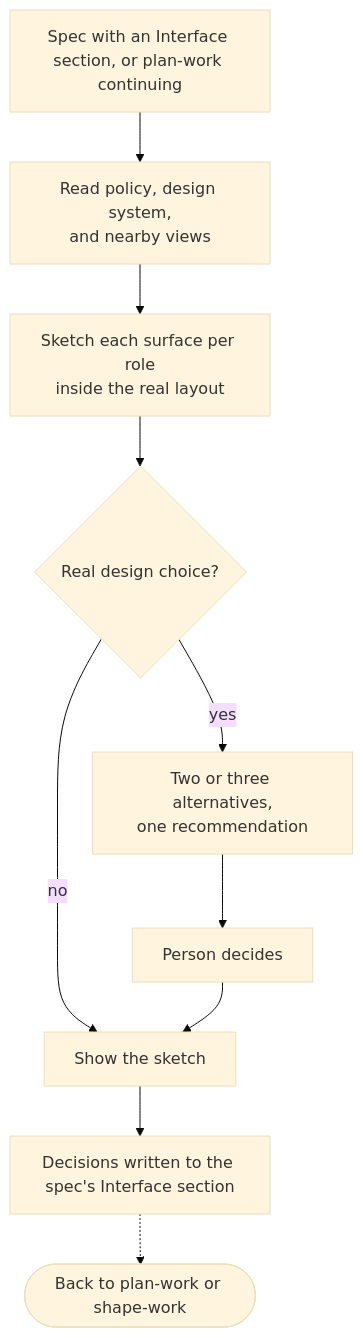
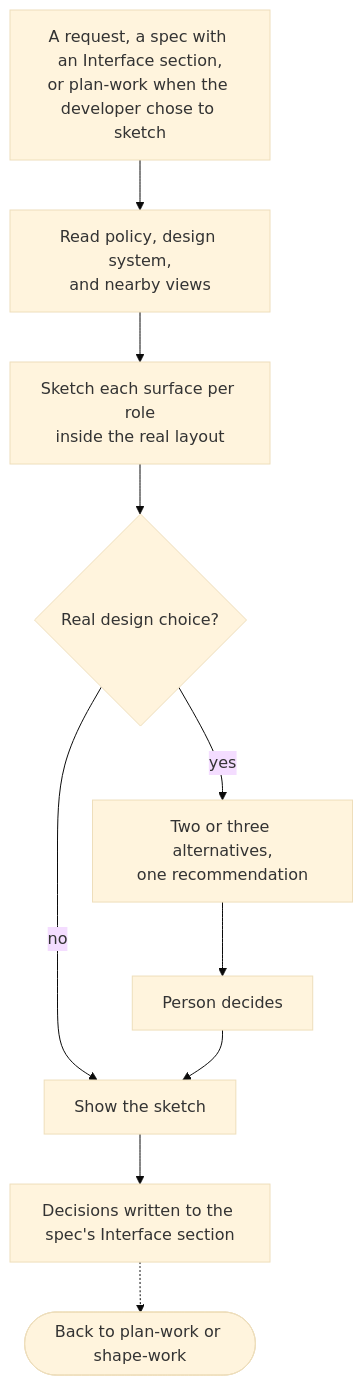
The diagram in docs-site/skills/design-work.md (sockulags/agent-os), drawn with Mermaid (base theme) before and after one commit. The commit also changed other lines of this file and 26 other files, not shown here.

First line of the commit message:
Make design-work a recommendation, not a required step

````diff
--- a/docs-site/skills/design-work.md
+++ b/docs-site/skills/design-work.md
@@ -15,12 +29,12 @@
 ```mermaid
 flowchart TD
-    A[Spec with an Interface section, or plan-work continuing] --> B[Read policy, design system,<br>and nearby views]
+    A[A request, a spec with an Interface section,<br>or plan-work when the developer chose to sketch] --> B[Read policy, design system,<br>and nearby views]
     B --> C[Sketch each surface per role<br>inside the real layout]
     C --> D{Real design choice?}
     D -->|yes| E[Two or three alternatives,<br>one recommendation]
     E --> F[Person decides]
     D -->|no| G[Show the sketch]
     F --> G
     G --> H[Decisions written to the spec's Interface section]
     H -.-> I([Back to plan-work or shape-work])
 ```
````
